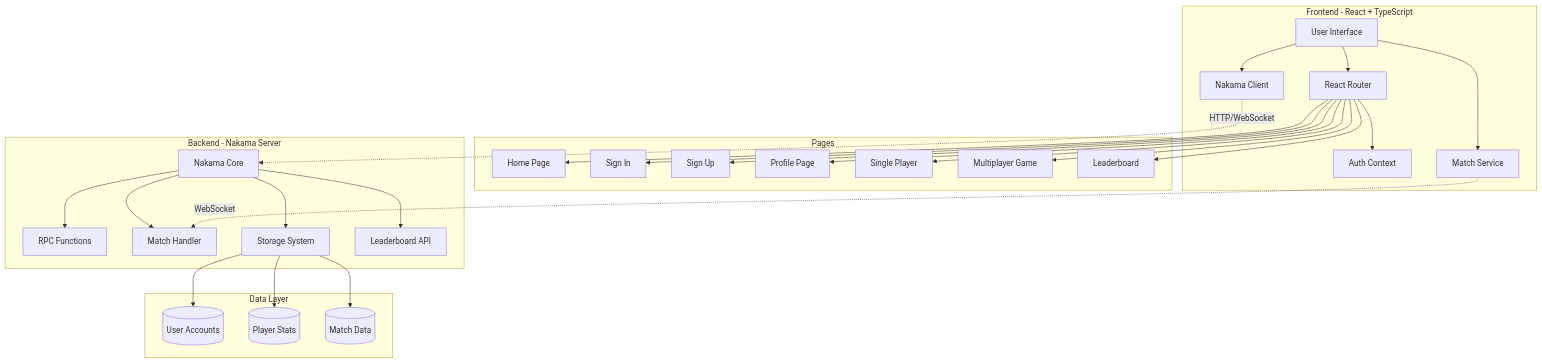
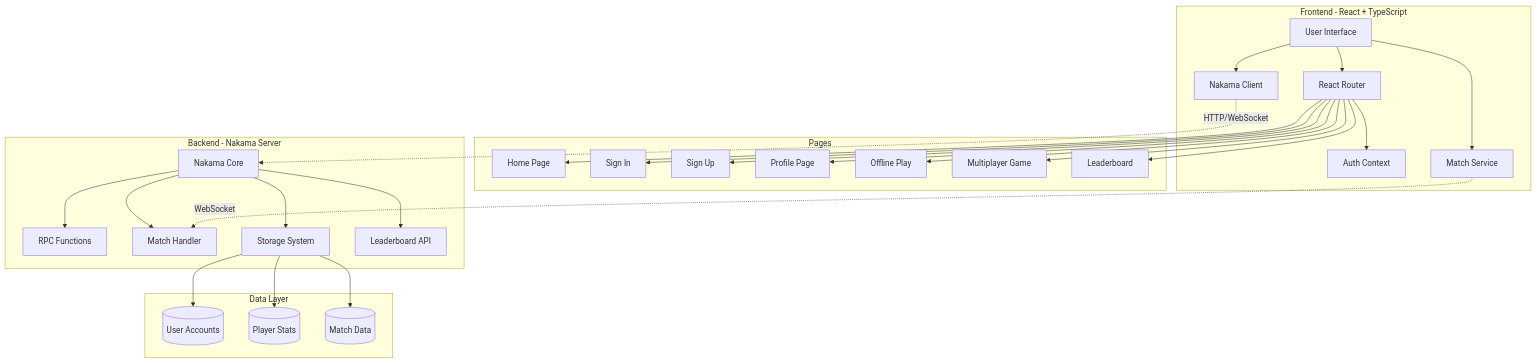
Before and after one commit to OmkarTipugade/Tic-Tac-Toe: the first of 3 diagrams in README.md, drawn with Mermaid. The commit also changed other lines of this file, not shown here.

````diff
--- a/README.md
+++ b/README.md
@@ -49,60 +48,60 @@
 ```mermaid
 graph TB
     subgraph "Frontend - React + TypeScript"
         UI[User Interface]
         Router[React Router]
         Auth[Auth Context]
         NKClient[Nakama Client]
         MatchService[Match Service]
         
         UI --> Router
         Router --> Auth
         UI --> NKClient
         UI --> MatchService
     end
     
     subgraph "Pages"
         Home[Home Page]
         SignIn[Sign In]
         SignUp[Sign Up]
         Profile[Profile Page]
-        PlayGame[Single Player]
+        PlayGame[Offline Play]
         Multiplayer[Multiplayer Game]
         Leaderboard[Leaderboard]
         
         Router --> Home
         Router --> SignIn
         Router --> SignUp
         Router --> Profile
         Router --> PlayGame
         Router --> Multiplayer
         Router --> Leaderboard
     end
     
     subgraph "Backend - Nakama Server"
         NakamaCore[Nakama Core]
         RPCs[RPC Functions]
         MatchHandler[Match Handler]
         Storage[Storage System]
         LeaderboardAPI[Leaderboard API]
         
         NakamaCore --> RPCs
         NakamaCore --> MatchHandler
         NakamaCore --> Storage
         NakamaCore --> LeaderboardAPI
     end
     
     subgraph "Data Layer"
         UserAccounts[(User Accounts)]
         PlayerStats[(Player Stats)]
         MatchData[(Match Data)]
         
         Storage --> UserAccounts
         Storage --> PlayerStats
         Storage --> MatchData
     end
     
     NKClient -.HTTP/WebSocket.-> NakamaCore
     MatchService -.WebSocket.-> MatchHandler
     
 ```
````
